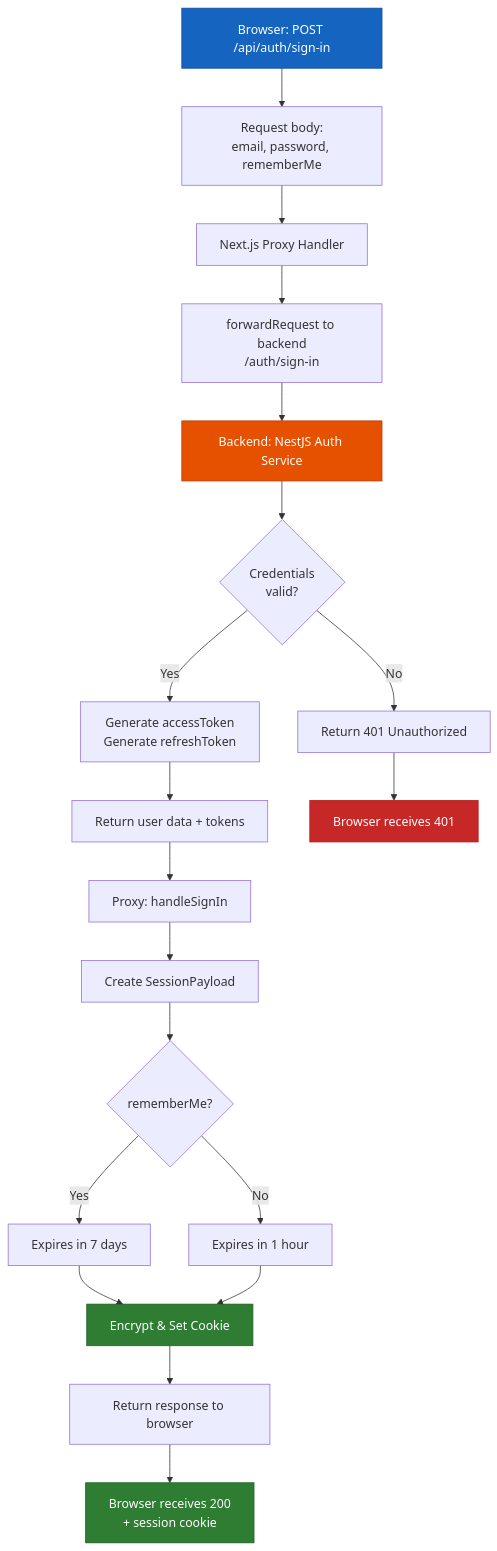
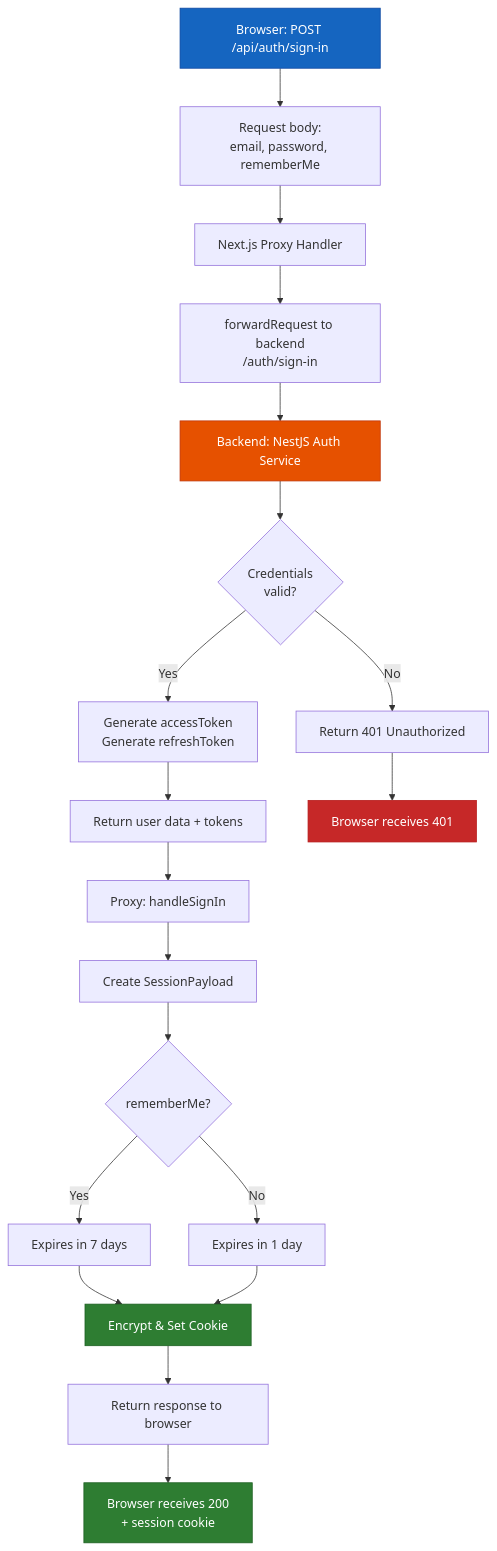
The fourth of 7 diagrams in API_PROXY_GUIDE.md (kisstamasj/nestjs-nextjs-api-proxy), drawn with Mermaid before and after one commit. The commit also changed other lines of this file, not shown here.

````diff
--- a/API_PROXY_GUIDE.md
+++ b/API_PROXY_GUIDE.md
@@ -187,27 +187,27 @@
 ```mermaid
 flowchart TD
     A[Browser: POST /api/auth/sign-in] --> B[Request body:<br/>email, password, rememberMe]
     B --> C[Next.js Proxy Handler]
     C --> D[forwardRequest to backend<br/>/auth/sign-in]
     D --> E[Backend: NestJS Auth Service]
     E --> F{Credentials<br/>valid?}
     F -->|No| G[Return 401 Unauthorized]
     F -->|Yes| H[Generate accessToken<br/>Generate refreshToken]
     H --> I[Return user data + tokens]
     I --> J[Proxy: handleSignIn]
     J --> K[Create SessionPayload]
     K --> L{rememberMe?}
     L -->|Yes| M[Expires in 7 days]
-    L -->|No| N[Expires in 1 hour]
+    L -->|No| N[Expires in 1 day]
     M --> O[Encrypt & Set Cookie]
     N --> O
     O --> P[Return response to browser]
     G --> Q[Browser receives 401]
     P --> R[Browser receives 200<br/>+ session cookie]
     
     style A fill:#1565c0,stroke:#0d47a1,color:#fff
     style E fill:#e65100,stroke:#bf360c,color:#fff
     style O fill:#2e7d32,stroke:#1b5e20,color:#fff
     style R fill:#2e7d32,stroke:#1b5e20,color:#fff
     style Q fill:#c62828,stroke:#b71c1c,color:#fff
 ```
````
